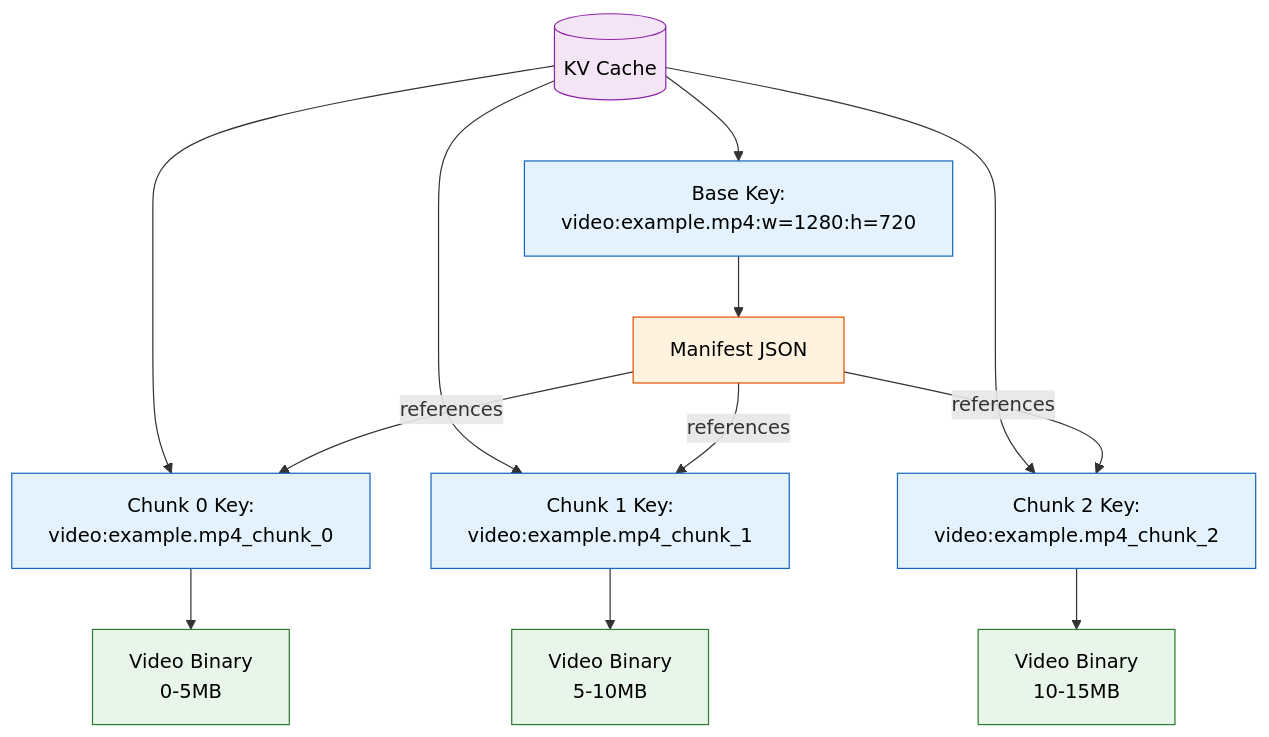
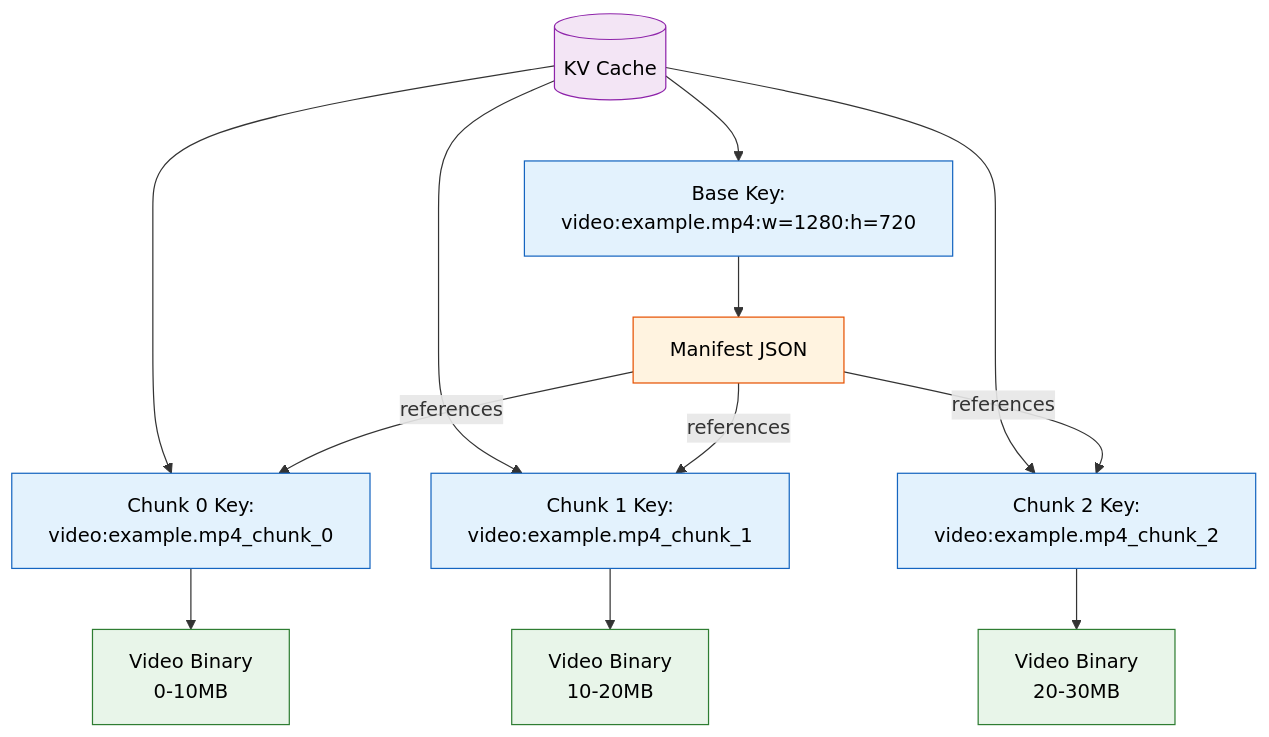
The fifth of 9 diagrams in docs/features/kv-chunking.md (erfianugrah/video-resizer), drawn with Mermaid before and after one commit. The commit also changed other lines of this file and 13 other files, not shown here.

````diff
--- a/docs/features/kv-chunking.md
+++ b/docs/features/kv-chunking.md
@@ -464,39 +465,39 @@
 ```mermaid
 flowchart TD
     A[(KV Cache)]
 
     B[Base Key:<br>video:example.mp4:w=1280:h=720]
     C[Manifest JSON]
 
     D[Chunk 0 Key:<br>video:example.mp4_chunk_0]
     E[Chunk 1 Key:<br>video:example.mp4_chunk_1]
     F[Chunk 2 Key:<br>video:example.mp4_chunk_2]
 
-    G[Video Binary<br>0-5MB]
-    H[Video Binary<br>5-10MB]
-    I[Video Binary<br>10-15MB]
+    G[Video Binary<br>0-10MB]
+    H[Video Binary<br>10-20MB]
+    I[Video Binary<br>20-30MB]
 
     A --> B
     A --> D
     A --> E
     A --> F
 
     B --> C
     C --> |references| D
     C --> |references| E
     C --> |references| F
 
     D --> G
     E --> H
     F --> I
 
     classDef kv fill:#F3E5F5,stroke:#8E24AA,color:#000000;
     classDef key fill:#E3F2FD,stroke:#1565C0,color:#000000;
     classDef manifest fill:#FFF3E0,stroke:#E65100,color:#000000;
     classDef data fill:#E8F5E9,stroke:#2E7D32,color:#000000;
 
     class A kv
     class B,D,E,F key
     class C manifest
     class G,H,I data
 ```
````
